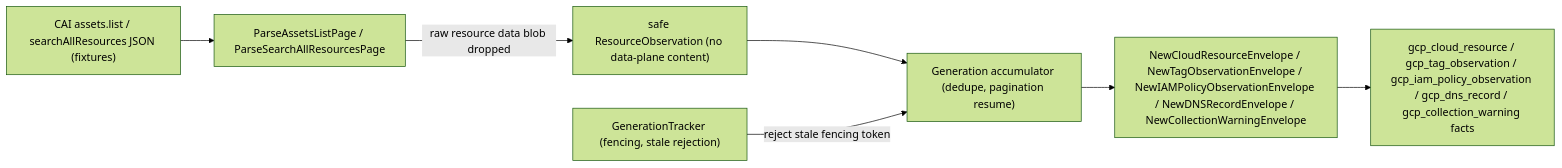
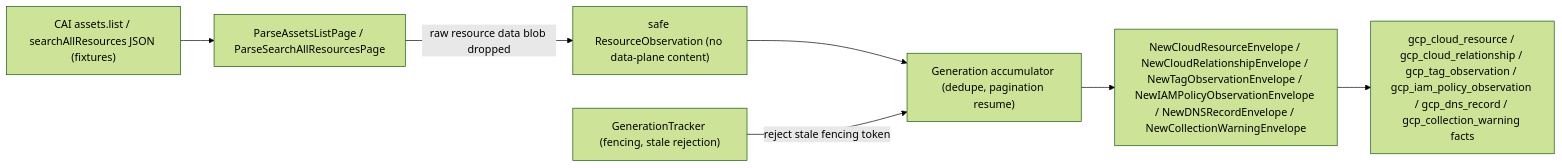
One commit to eshu-hq/eshu changed the diagram in go/internal/collector/gcpcloud/README.md. Above: the diagram before and after it, drawn with Mermaid (forest theme). The commit also changed other lines of this file and 14 other files, not shown here.

Commit message:
Emit GCP relationship observations from CAI related assets

````diff
--- a/go/internal/collector/gcpcloud/README.md
+++ b/go/internal/collector/gcpcloud/README.md
@@ -21,17 +21,17 @@
 ```mermaid
 flowchart LR
     Pages["CAI assets.list / searchAllResources JSON (fixtures)"]
     Parse["ParseAssetsListPage / ParseSearchAllResourcesPage"]
     Obs["safe ResourceObservation (no data-plane content)"]
     Gen["Generation accumulator (dedupe, pagination resume)"]
-    Env["NewCloudResourceEnvelope / NewTagObservationEnvelope / NewIAMPolicyObservationEnvelope / NewDNSRecordEnvelope / NewCollectionWarningEnvelope"]
+    Env["NewCloudResourceEnvelope / NewCloudRelationshipEnvelope / NewTagObservationEnvelope / NewIAMPolicyObservationEnvelope / NewDNSRecordEnvelope / NewCollectionWarningEnvelope"]
     Tracker["GenerationTracker (fencing, stale rejection)"]
-    Facts["gcp_cloud_resource / gcp_tag_observation / gcp_iam_policy_observation / gcp_dns_record / gcp_collection_warning facts"]
+    Facts["gcp_cloud_resource / gcp_cloud_relationship / gcp_tag_observation / gcp_iam_policy_observation / gcp_dns_record / gcp_collection_warning facts"]
 
     Pages --> Parse
     Parse -->|"raw resource data blob dropped"| Obs
     Obs --> Gen
     Gen --> Env
     Tracker -->|"reject stale fencing token"| Gen
     Env --> Facts
 ```
````
